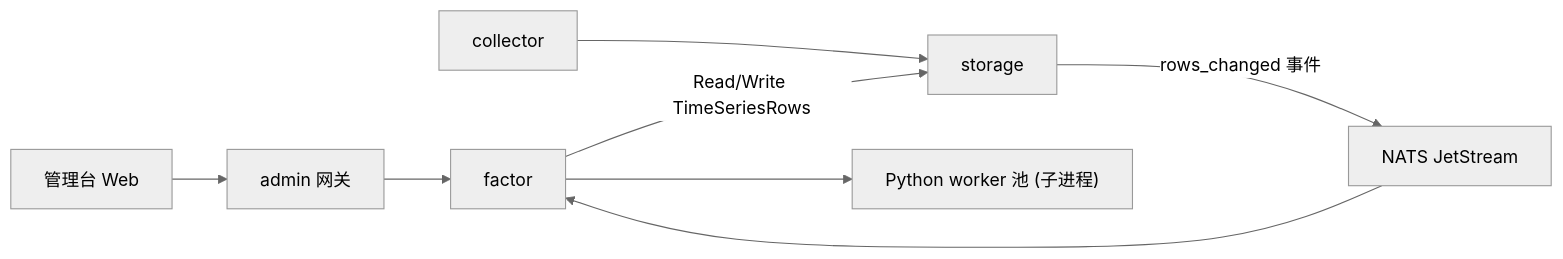
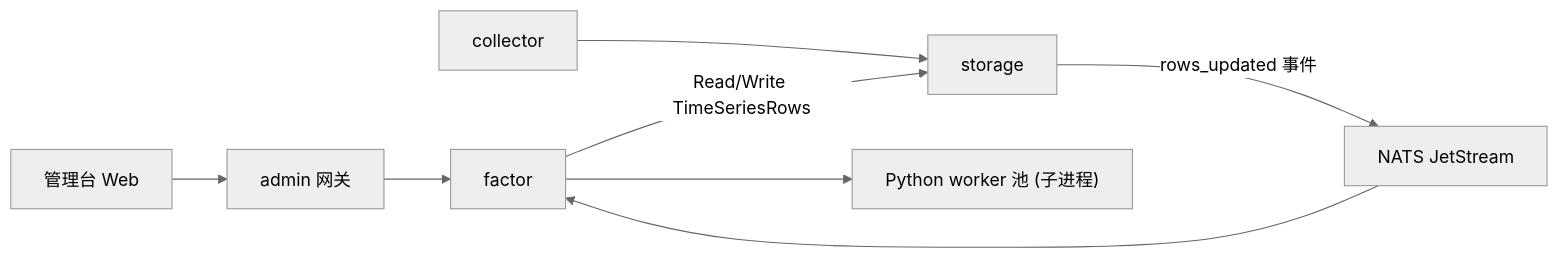
One commit to mooyang-code/moox changed the first of 3 diagrams in docs/因子计算模块设计.md. Above: the diagram before and after it, drawn with Mermaid (neutral theme). The commit also changed other lines of this file and 5 other files, not shown here.

Commit message:
docs(runtime): document shared Python execution architecture

````diff
--- a/docs/因子计算模块设计.md
+++ b/docs/因子计算模块设计.md
@@ -46,10 +48,10 @@
 ```mermaid
 flowchart LR
   Web["管理台 Web"] --> Admin["admin 网关"]
   Admin --> Factor["factor"]
   Collector["collector"] --> Storage["storage"]
-  Storage -- "rows_changed 事件" --> NATS["NATS JetStream"]
+  Storage -- "rows_updated 事件" --> NATS["NATS JetStream"]
   NATS --> Factor
   Factor -- "Read/Write TimeSeriesRows" --> Storage
   Factor --> PyWorker["Python worker 池 (子进程)"]
 ```
````
